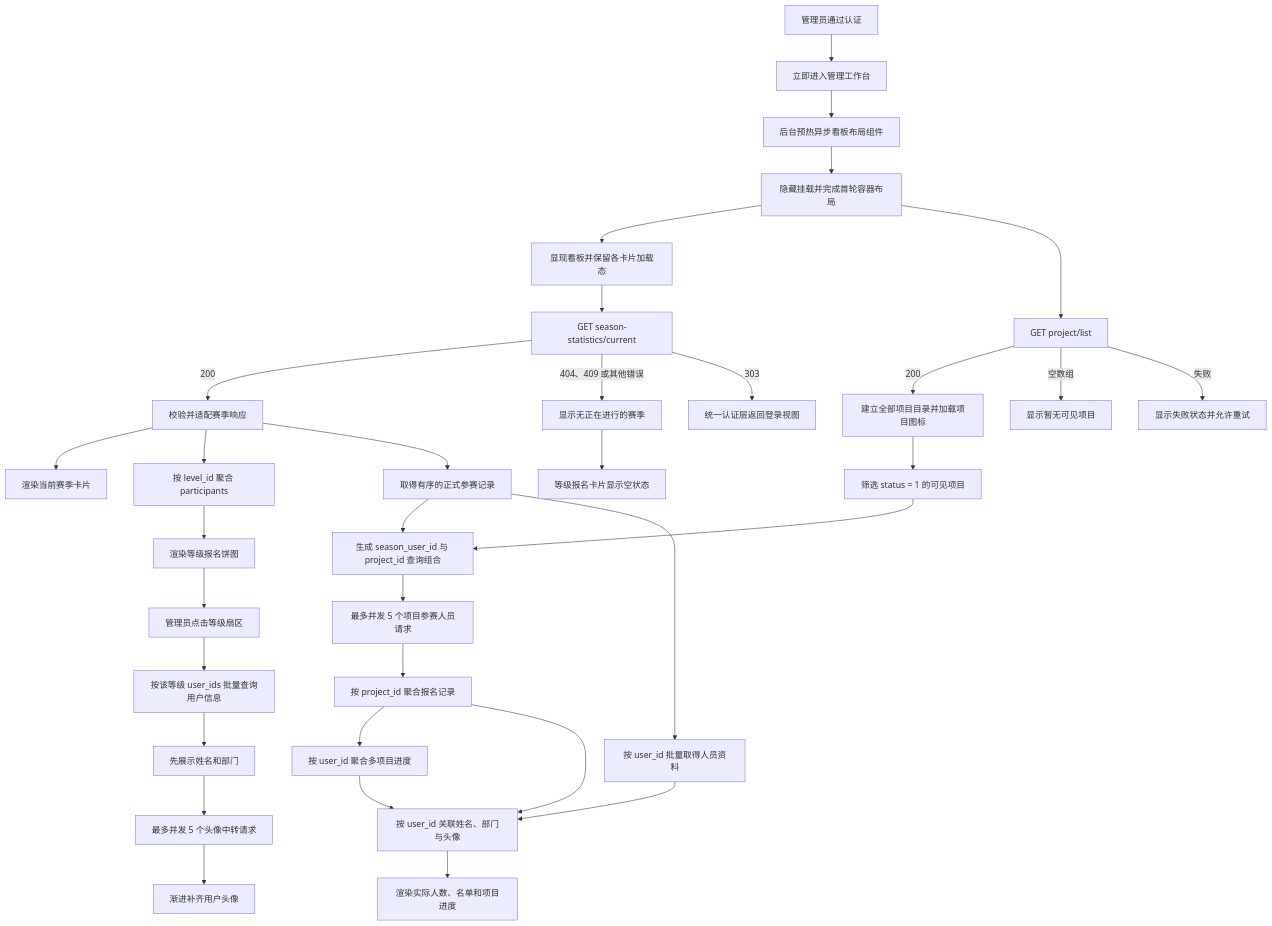
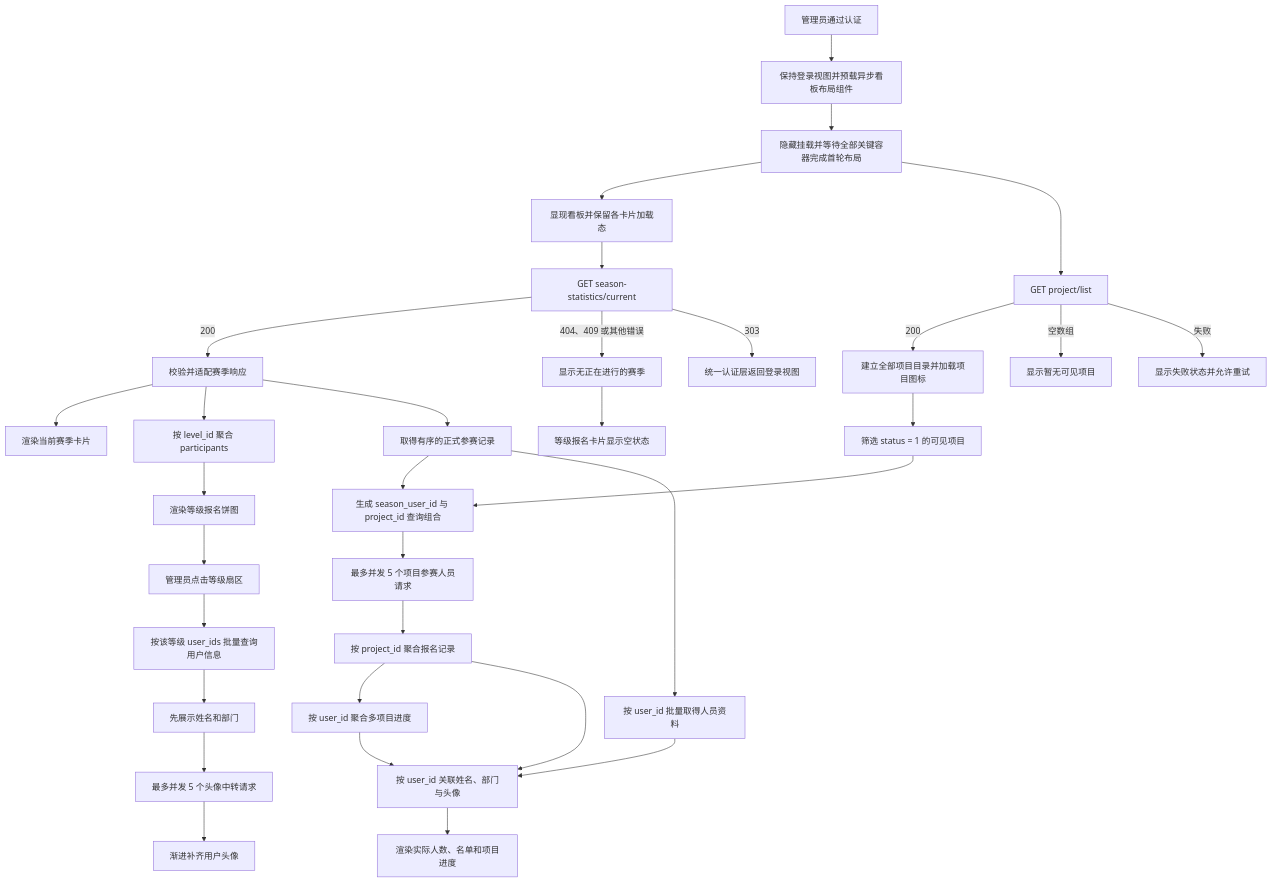
The diagram in description/features/dashboard.md (caicai-6666/flame-sport-pheno-manage-fe), drawn with Mermaid before and after one commit. The commit also changed other lines of this file and 8 other files, not shown here.

````diff
--- a/description/features/dashboard.md
+++ b/description/features/dashboard.md
@@ -26,36 +26,35 @@
 ```mermaid
 flowchart TD
-  A[管理员通过认证] --> A1[立即进入管理工作台]
-  A1 --> A2[后台预热异步看板布局组件]
-  A2 --> A3[隐藏挂载并完成首轮容器布局]
+  A[管理员通过认证] --> A1[保持登录视图并预载异步看板布局组件]
+  A1 --> A3[隐藏挂载并等待全部关键容器完成首轮布局]
   A3 --> A4[显现看板并保留各卡片加载态]
   A4 --> B[GET season-statistics/current]
   B -->|200| C[校验并适配赛季响应]
   C --> D[渲染当前赛季卡片]
   C --> E[按 level_id 聚合 participants]
   E --> F[渲染等级报名饼图]
   F --> J[管理员点击等级扇区]
   J --> K[按该等级 user_ids 批量查询用户信息]
   K --> L[先展示姓名和部门]
   L --> M[最多并发 5 个头像中转请求]
   M --> N[渐进补齐用户头像]
   B -->|404、409 或其他错误| G[显示无正在进行的赛季]
   G --> H[等级报名卡片显示空状态]
   B -->|303| I[统一认证层返回登录视图]
   A3 --> O[GET project/list]
   O -->|200| P[建立全部项目目录并加载项目图标]
   P --> P1[筛选 status = 1 的可见项目]
   C --> U[取得有序的正式参赛记录]
   P1 --> V[生成 season_user_id 与 project_id 查询组合]
   U --> V
   V --> W[最多并发 5 个项目参赛人员请求]
   W --> X[按 project_id 聚合报名记录]
   X --> X1[按 user_id 聚合多项目进度]
   U --> Y[按 user_id 批量取得人员资料]
   X --> Z[按 user_id 关联姓名、部门与头像]
   X1 --> Z
   Y --> Z
   Z --> T[渲染实际人数、名单和项目进度]
   O -->|空数组| Q[显示暂无可见项目]
   O -->|失败| R[显示失败状态并允许重试]
 ```
````
